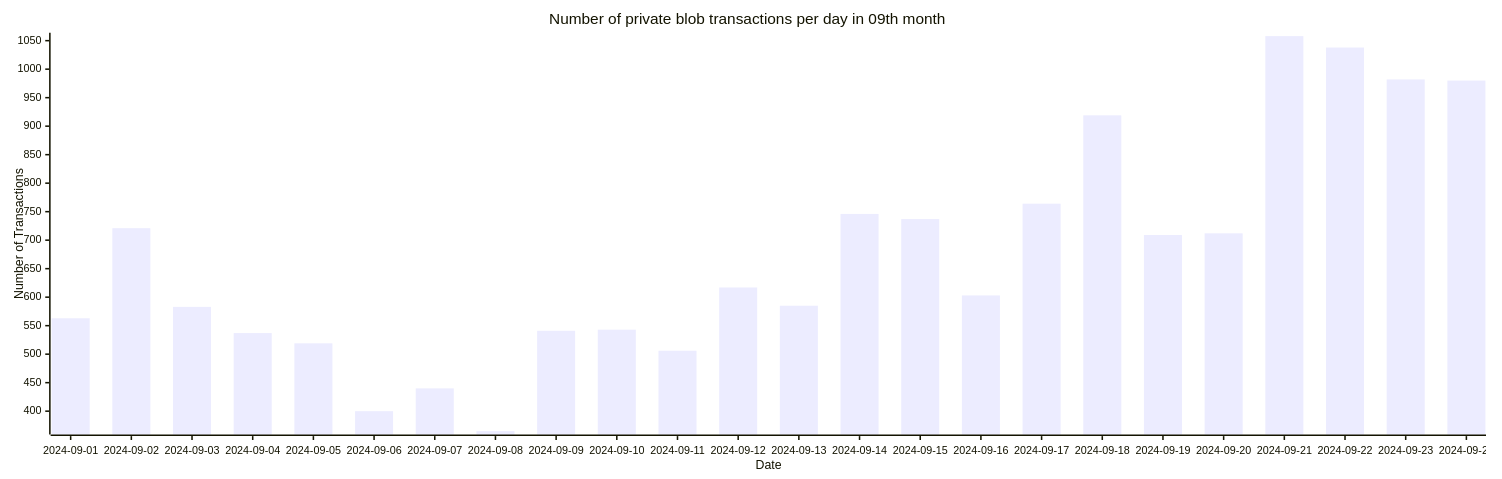
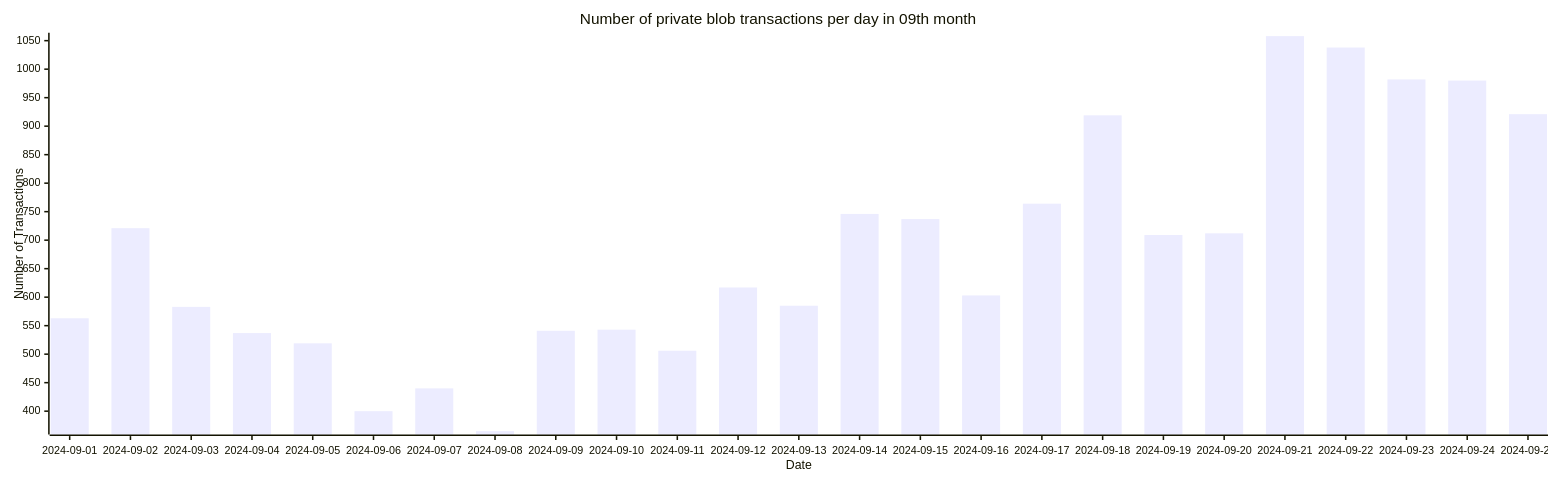
One commit to Amit0617/eip4844-data changed the seventh of 7 diagrams in README.md. Above: the diagram before and after it, drawn with Mermaid. The commit also changed 1 other file, not shown here.

````diff
--- a/README.md
+++ b/README.md
@@ -79,12 +79,12 @@
 ```mermaid
 ---
 config:
     xyChart:
-        width: 1920
+        width: 2000
         height: 600
 ---
 xychart-beta title "Number of private blob transactions per day in 09th month"
-x-axis "Date" [2024-09-01,2024-09-02,2024-09-03,2024-09-04,2024-09-05,2024-09-06,2024-09-07,2024-09-08,2024-09-09,2024-09-10,2024-09-11,2024-09-12,2024-09-13,2024-09-14,2024-09-15,2024-09-16,2024-09-17,2024-09-18,2024-09-19,2024-09-20,2024-09-21,2024-09-22,2024-09-23,2024-09-24]
+x-axis "Date" [2024-09-01,2024-09-02,2024-09-03,2024-09-04,2024-09-05,2024-09-06,2024-09-07,2024-09-08,2024-09-09,2024-09-10,2024-09-11,2024-09-12,2024-09-13,2024-09-14,2024-09-15,2024-09-16,2024-09-17,2024-09-18,2024-09-19,2024-09-20,2024-09-21,2024-09-22,2024-09-23,2024-09-24,2024-09-25]
 y-axis "Number of Transactions"
-bar[563,721,583,537,519,400,440,365,541,543,506,617,585,746,737,603,764,919,709,712,1058,1038,982,980]
+bar[563,721,583,537,519,400,440,365,541,543,506,617,585,746,737,603,764,919,709,712,1058,1038,982,980,921]
 ```
````
